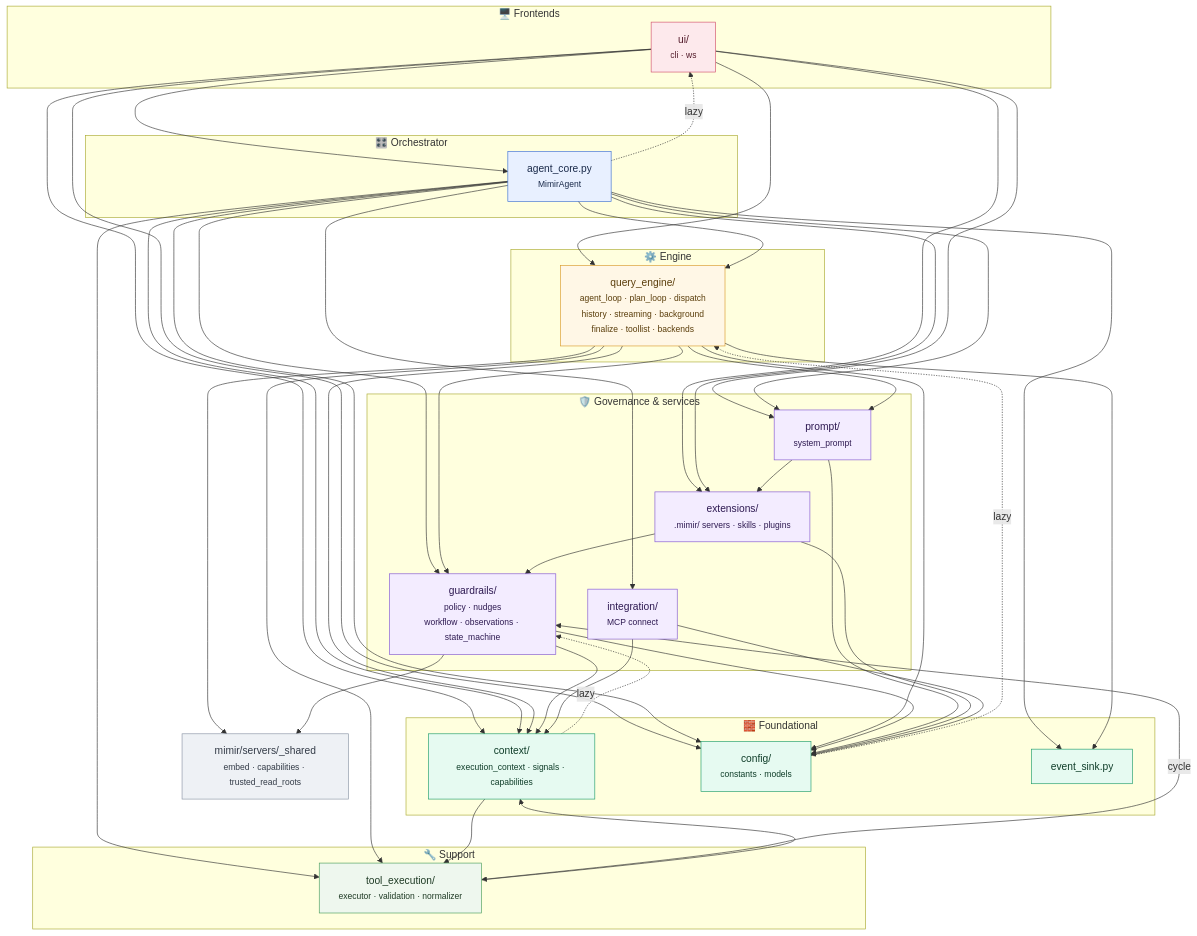
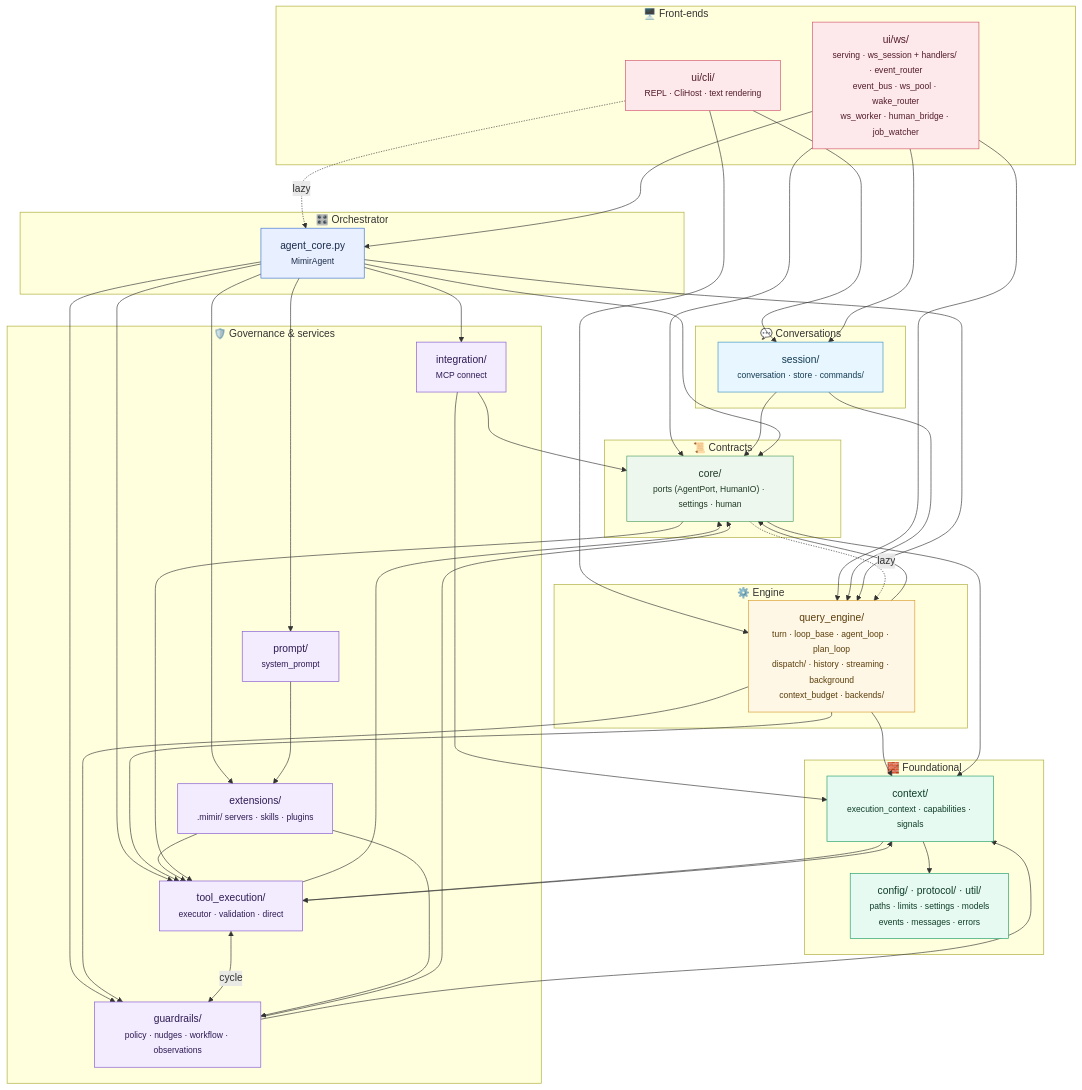
The diagram in ARCHITECTURE.md (MIMIR-LLM4CSE/MIMIR), drawn with Mermaid before and after one commit. The commit also changed other lines of this file and 5 other files, not shown here.

````diff
--- a/ARCHITECTURE.md
+++ b/ARCHITECTURE.md
@@ -13,86 +13,87 @@
 ```mermaid
 graph TD
-    subgraph FE["🖥️ Frontends"]
-        ui["ui/<br/><small>cli · ws</small>"]
+    subgraph FE["🖥️ Front-ends"]
+        cli["ui/cli/<br/><small>REPL · CliHost · text rendering</small>"]
+        ws["ui/ws/<br/><small>serving · ws_session + handlers/ · event_router<br/>event_bus · ws_pool · wake_router<br/>ws_worker · human_bridge · job_watcher</small>"]
+    end
+    subgraph SES["💬 Conversations"]
+        session["session/<br/><small>conversation · store · commands/</small>"]
     end
     subgraph ORCH["🎛️ Orchestrator"]
-        core["agent_core.py<br/><small>MimirAgent</small>"]
+        agent["agent_core.py<br/><small>MimirAgent</small>"]
     end
     subgraph ENG["⚙️ Engine"]
-        qe["query_engine/<br/><small>agent_loop · plan_loop · dispatch<br/>history · streaming · background<br/>finalize · toollist · backends</small>"]
+        qe["query_engine/<br/><small>turn · loop_base · agent_loop · plan_loop<br/>dispatch/ · history · streaming · background<br/>context_budget · backends/</small>"]
     end
     subgraph GOV["🛡️ Governance &amp; services"]
-        guard["guardrails/<br/><small>policy · nudges<br/>workflow · observations · state_machine</small>"]
+        guard["guardrails/<br/><small>policy · nudges · workflow · observations</small>"]
         prompt["prompt/<br/><small>system_prompt</small>"]
         ext["extensions/<br/><small>.mimir/ servers · skills · plugins</small>"]
         integ["integration/<br/><small>MCP connect</small>"]
+        te["tool_execution/<br/><small>executor · validation · direct</small>"]
     end
-    subgraph SUP["🔧 Support"]
-        te["tool_execution/<br/><small>executor · validation · normalizer</small>"]
+    subgraph CON["📜 Contracts"]
+        core["core/<br/><small>ports (AgentPort, HumanIO) · settings · human</small>"]
     end
     subgraph FND["🧱 Foundational"]
-        ctx["context/<br/><small>execution_context · signals · capabilities</small>"]
-        cfg["config/<br/><small>constants · models</small>"]
-        es["event_sink.py"]
+        ctx["context/<br/><small>execution_context · capabilities · signals</small>"]
+        cfg["config/ · protocol/ · util/<br/><small>paths · limits · settings · models<br/>events · messages · errors</small>"]
     end
-    srv["mimir/servers/_shared<br/><small>embed · capabilities · trusted_read_roots</small>"]
 
-    ui --> core
-    ui --> qe
-    ui --> prompt
-    ui --> ext
-    ui --> ctx
-    ui --> cfg
-    core -.->|lazy| ui
+    cli --> session
+    cli --> qe
+    cli -.->|lazy| agent
+    ws --> session
+    ws --> agent
+    ws --> qe
+    ws --> core
 
-    core --> qe
-    core --> guard
-    core --> prompt
-    core --> ext
-    core --> integ
-    core --> te
-    core --> ctx
-    core --> cfg
-    core --> es
+    session --> core
+    session --> qe
+
+    agent --> qe
+    agent --> guard
+    agent --> prompt
+    agent --> ext
+    agent --> integ
+    agent --> te
+    agent --> core
 
     qe --> guard
-    qe --> prompt
     qe --> te
+    qe --> core
     qe --> ctx
-    qe --> cfg
-    qe --> es
-    qe --> srv
-    cfg -.->|lazy| qe
 
+    guard --> core
+    guard --> ctx
     te <-->|cycle| guard
+    te --> core
     te --> ctx
+    prompt --> ext
+    ext --> guard
+    ext --> te
+    integ --> core
+    integ --> ctx
 
-    guard --> ctx
-    guard --> cfg
-    guard --> srv
-
-    prompt --> ext
-    prompt --> cfg
-    ext --> guard
-    ext --> cfg
-    integ --> ctx
-    integ --> cfg
+    core --> ctx
+    core --> te
+    core -.->|lazy| qe
     ctx --> te
-    ctx -.->|lazy| guard
+    ctx --> cfg
 
     classDef fnd fill:#e6faf1,stroke:#1f9d6a,color:#0f3d29;
-    classDef sup fill:#eef7ee,stroke:#4a9d5b,color:#1e3a24;
+    classDef con fill:#eef7ee,stroke:#4a9d5b,color:#1e3a24;
     classDef gov fill:#f3ecff,stroke:#8257d1,color:#2e1a52;
     classDef eng fill:#fff7e6,stroke:#d99a2b,color:#5a3d0a;
     classDef orch fill:#e8f0ff,stroke:#3b6fd4,color:#1a2a4a;
+    classDef ses fill:#e8f6ff,stroke:#3a8fc4,color:#123a52;
     classDef fe fill:#fde9ec,stroke:#d1526b,color:#521a29;
-    classDef ext2 fill:#eef1f5,stroke:#8b95a5,color:#333b47;
 
-    class ui fe;
-    class core orch;
+    class cli,ws fe;
+    class session ses;
+    class agent orch;
     class qe eng;
-    class guard,prompt,ext,integ gov;
-    class te sup;
-    class ctx,cfg,es fnd;
-    class srv ext2;
+    class guard,prompt,ext,integ,te gov;
+    class core con;
+    class ctx,cfg fnd;
 ```
````
